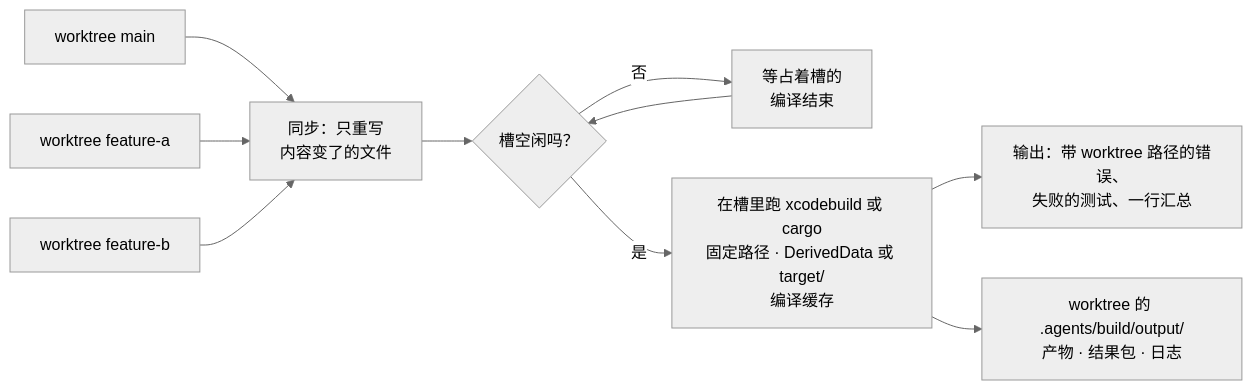
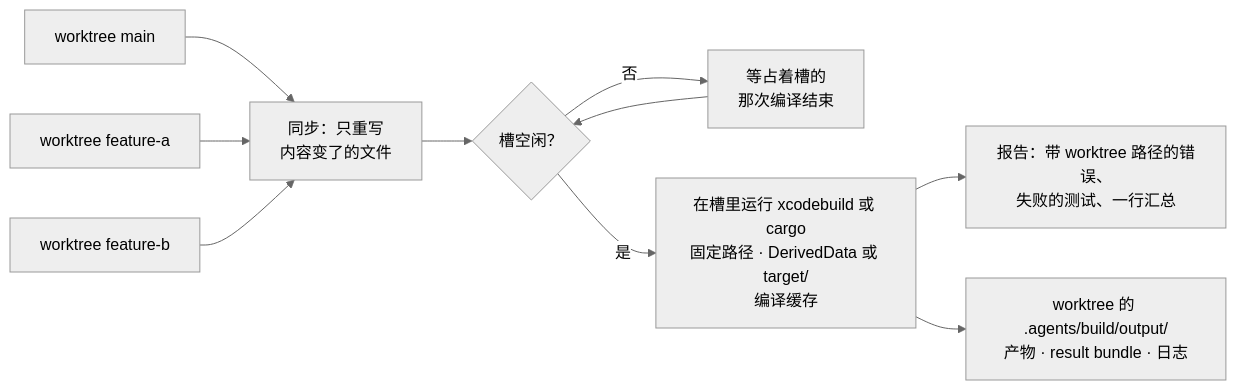
One commit to xiatiandeairen/agent-build changed the diagram in README.zh-CN.md. Above: the diagram before and after it, drawn with Mermaid (neutral theme). The commit also changed other lines of this file and 1 other file, not shown here.

First line of the commit message:
docs: rewrite READMEs with real output, what agb runs and privacy

````diff
--- a/README.zh-CN.md
+++ b/README.zh-CN.md
@@ -201,12 +220,12 @@
 ```mermaid
 flowchart LR
     W1["worktree main"] --> S
     W2["worktree feature-a"] --> S
     W3["worktree feature-b"] --> S
-    S["同步：只重写<br/>内容变了的文件"] --> L{"槽空闲吗？"}
-    L -- 否 --> Q["等占着槽的<br/>编译结束"]
+    S["同步：只重写<br/>内容变了的文件"] --> L{"槽空闲？"}
+    L -- 否 --> Q["等占着槽的<br/>那次编译结束"]
     Q --> L
-    L -- 是 --> B["在槽里跑 xcodebuild 或 cargo<br/>固定路径 · DerivedData 或 target/<br/>编译缓存"]
-    B --> R["输出：带 worktree 路径的错误、<br/>失败的测试、一行汇总"]
-    B --> O["worktree 的 .agents/build/output/<br/>产物 · 结果包 · 日志"]
+    L -- 是 --> B["在槽里运行 xcodebuild 或 cargo<br/>固定路径 · DerivedData 或 target/<br/>编译缓存"]
+    B --> R["报告：带 worktree 路径的错误、<br/>失败的测试、一行汇总"]
+    B --> O["worktree 的 .agents/build/output/<br/>产物 · result bundle · 日志"]
 ```
````
